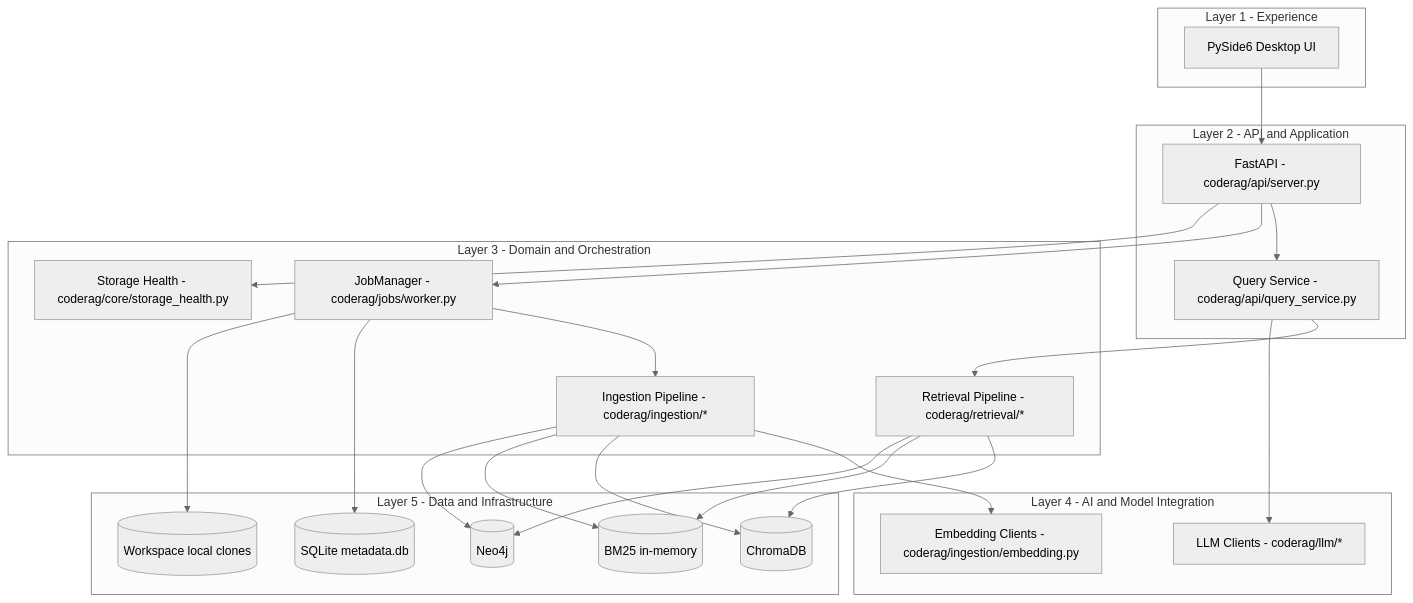
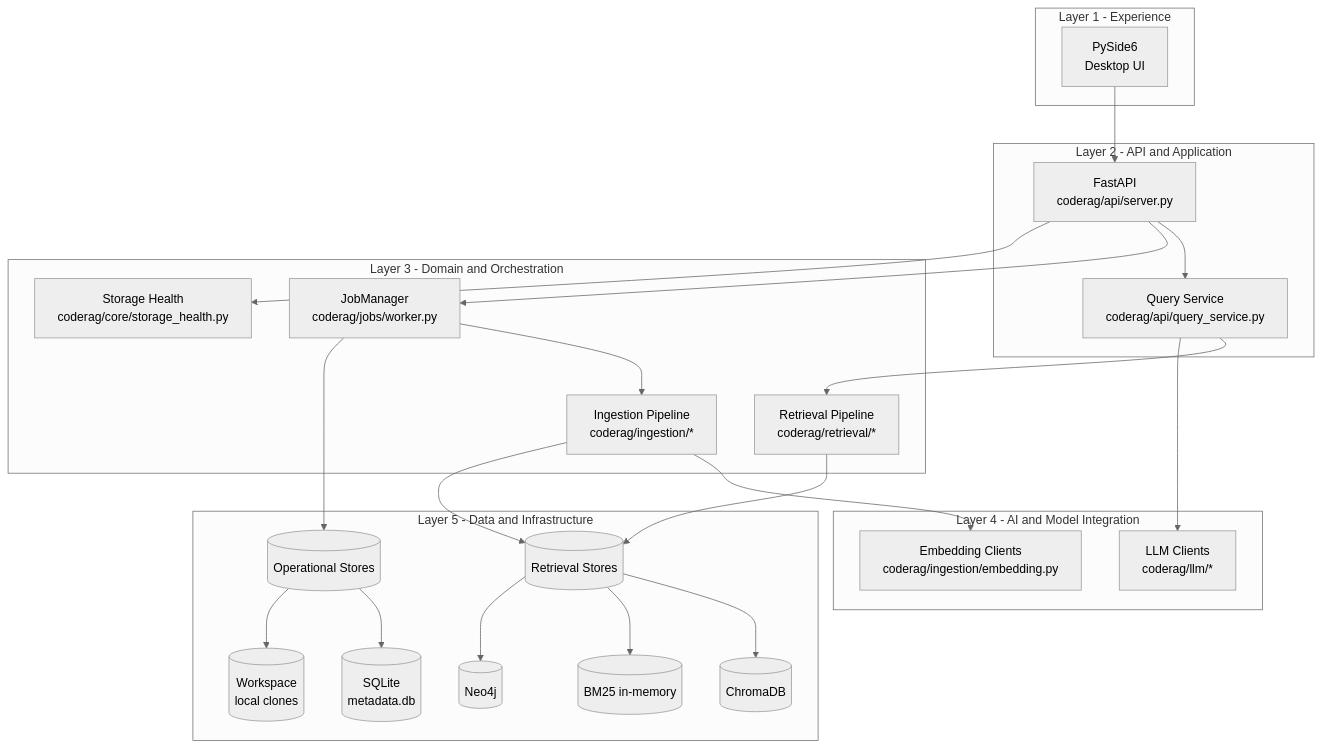
Before and after one commit to gherrerz/KDB-RAG-Repo: the first of 8 diagrams in docs/ARCHITECTURE.md, drawn with Mermaid (neutral theme).

Commit message:
docs: improve layered architecture diagram layout

````diff
--- a/docs/ARCHITECTURE.md
+++ b/docs/ARCHITECTURE.md
@@ -35,50 +35,54 @@
 ```mermaid
 flowchart TB
     subgraph L1[Layer 1 - Experience]
-        UI[PySide6 Desktop UI]
+        UI[PySide6<br/>Desktop UI]
     end
 
     subgraph L2[Layer 2 - API and Application]
-        API[FastAPI - coderag/api/server.py]
-        QS[Query Service - coderag/api/query_service.py]
+        API[FastAPI<br/>coderag/api/server.py]
+        QS[Query Service<br/>coderag/api/query_service.py]
     end
 
     subgraph L3[Layer 3 - Domain and Orchestration]
-        JM[JobManager - coderag/jobs/worker.py]
-        ING[Ingestion Pipeline - coderag/ingestion/*]
-        RET[Retrieval Pipeline - coderag/retrieval/*]
-        HEALTH[Storage Health - coderag/core/storage_health.py]
+        JM[JobManager<br/>coderag/jobs/worker.py]
+        ING[Ingestion Pipeline<br/>coderag/ingestion/*]
+        RET[Retrieval Pipeline<br/>coderag/retrieval/*]
+        HEALTH[Storage Health<br/>coderag/core/storage_health.py]
     end
 
     subgraph L4[Layer 4 - AI and Model Integration]
-        LLM[LLM Clients - coderag/llm/*]
-        EMB[Embedding Clients - coderag/ingestion/embedding.py]
+        LLM[LLM Clients<br/>coderag/llm/*]
+        EMB[Embedding Clients<br/>coderag/ingestion/embedding.py]
     end
 
     subgraph L5[Layer 5 - Data and Infrastructure]
+        IDX[(Retrieval Stores)]
+        OPS[(Operational Stores)]
+
         CH[(ChromaDB)]
         BM[(BM25 in-memory)]
         NEO[(Neo4j)]
-        META[(SQLite metadata.db)]
-        WS[(Workspace local clones)]
+        META[(SQLite<br/>metadata.db)]
+        WS[(Workspace<br/>local clones)]
     end
 
     UI --> API
     API --> QS
     API --> JM
     QS --> RET
     JM --> ING
     API --> HEALTH
 
     ING --> EMB
     QS --> LLM
 
-    ING --> CH
-    ING --> BM
-    ING --> NEO
-    JM --> META
-    JM --> WS
-    RET --> CH
-    RET --> BM
-    RET --> NEO
+    ING --> IDX
+    RET --> IDX
+    JM --> OPS
+
+    IDX --> CH
+    IDX --> BM
+    IDX --> NEO
+    OPS --> META
+    OPS --> WS
 ```
````
